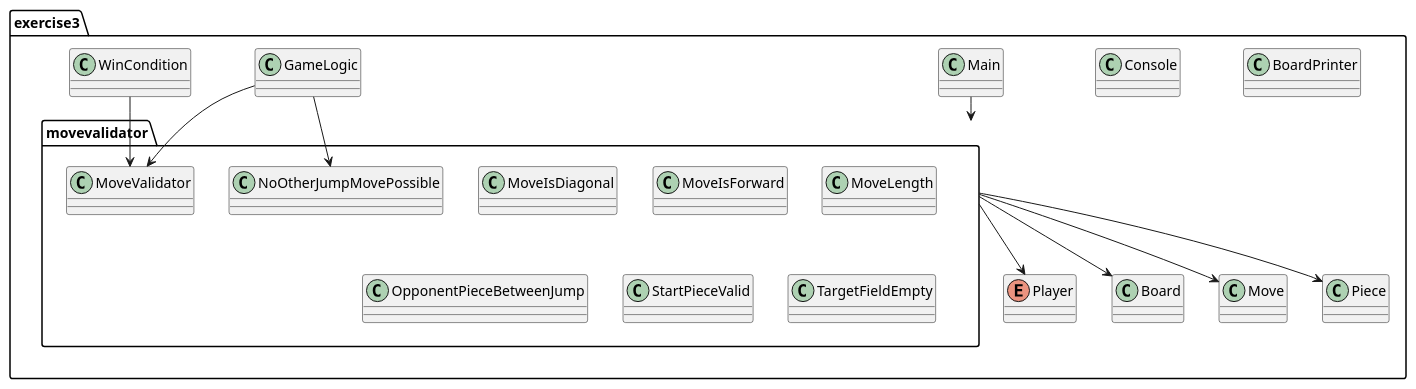
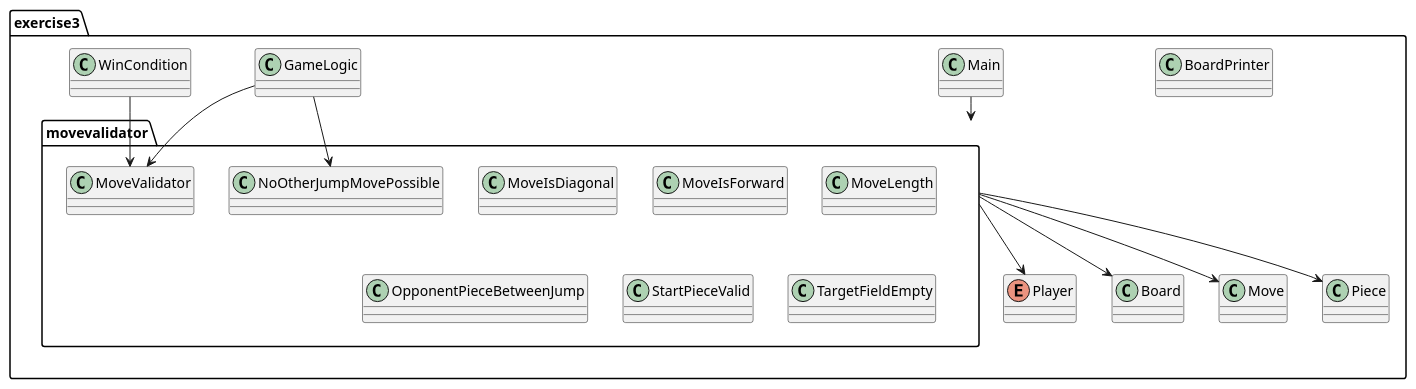
Before and after one commit to soco21/soco21: the diagram in assignment-1/exercise2/Class Diagramm Checkers.puml, drawn with PlantUML.

Commit message:
Class Diagramm Checkers.puml: remove Console class
It's only there that we can write tests.

```diff
--- a/assignment-1/exercise2/Class Diagramm Checkers.puml
+++ b/assignment-1/exercise2/Class Diagramm Checkers.puml
@@ -1,31 +1,30 @@
 @startuml
 package exercise3{
 package movevalidator {
 class MoveIsDiagonal
 class MoveIsForward
 class MoveLength
 class MoveValidator
 class NoOtherJumpMovePossible
 class OpponentPieceBetweenJump
 class StartPieceValid
 class TargetFieldEmpty
 }
 class Board
 class BoardPrinter
-class Console
 class GameLogic
 class Main
 class Move
 class Piece
 enum Player
 class WinCondition
 }
 movevalidator --> Board
 movevalidator --> Move
 movevalidator --> Piece
 movevalidator --> Player
 GameLogic --> MoveValidator
 GameLogic --> NoOtherJumpMovePossible
 Main --> movevalidator
 WinCondition --> MoveValidator
 @enduml
```
